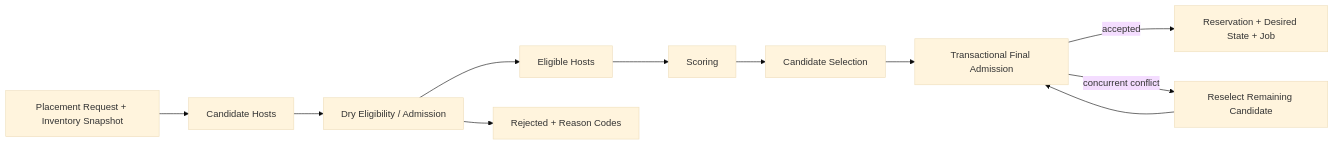
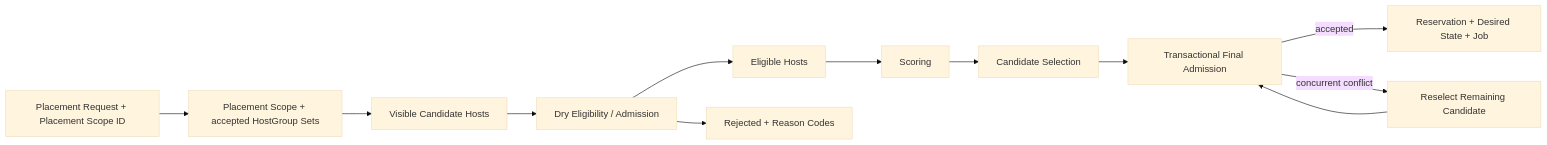
One commit to si32288564/kvm-infrastructure-manager changed the diagram in docs/placement-architecture.md. Above: the diagram before and after it, drawn with Mermaid (base theme). The commit also changed other lines of this file and 15 other files, not shown here.

Commit message:
feat: add placement scope authority

````diff
--- a/docs/placement-architecture.md
+++ b/docs/placement-architecture.md
@@ -10,13 +10,14 @@
 ```mermaid
 flowchart LR
-    Request["Placement Request + Inventory Snapshot"] --> Candidates["Candidate Hosts"]
+    Request["Placement Request + Placement Scope ID"] --> Scope["Placement Scope + accepted HostGroup Sets"]
+    Scope --> Candidates["Visible Candidate Hosts"]
     Candidates --> Dry["Dry Eligibility / Admission"]
     Dry --> Eligible["Eligible Hosts"]
     Dry --> Rejected["Rejected + Reason Codes"]
     Eligible --> Score["Scoring"]
     Score --> Select["Candidate Selection"]
     Select --> Final["Transactional Final Admission"]
     Final -->|"accepted"| Reserve["Reservation + Desired State + Job"]
     Final -->|"concurrent conflict"| Reselect["Reselect Remaining Candidate"]
     Reselect --> Final
 ```
````
